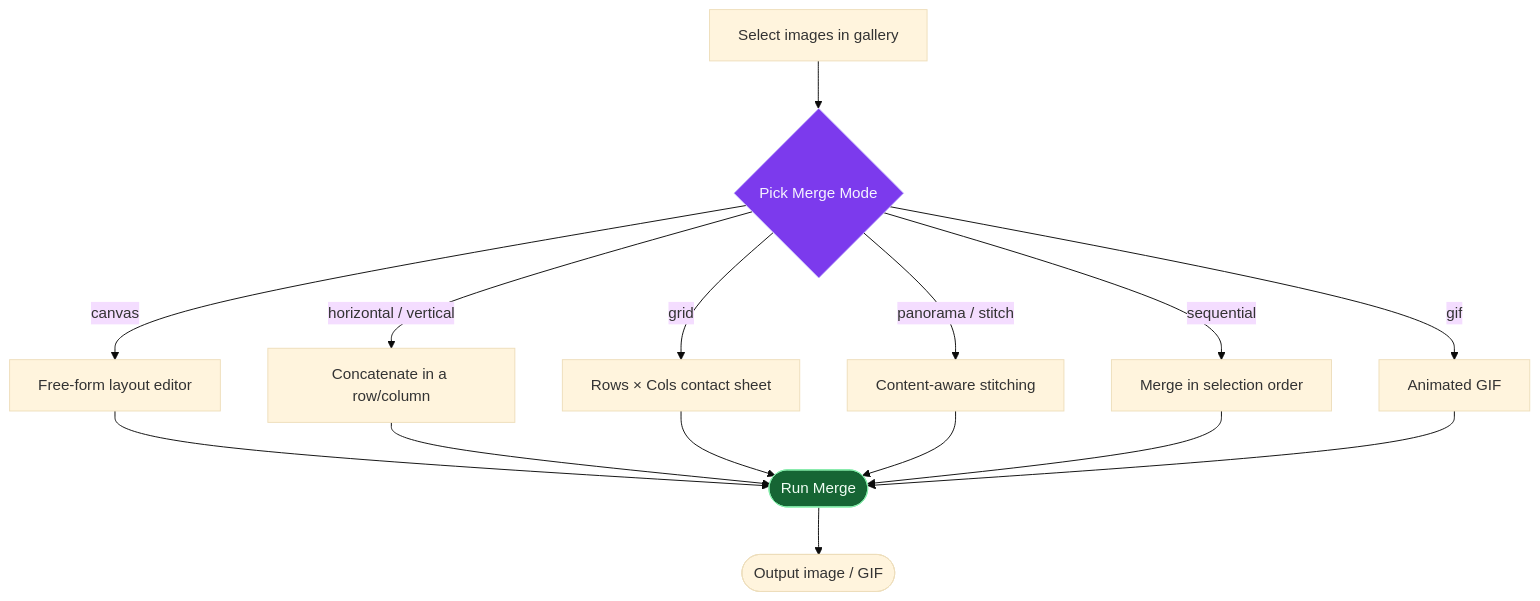
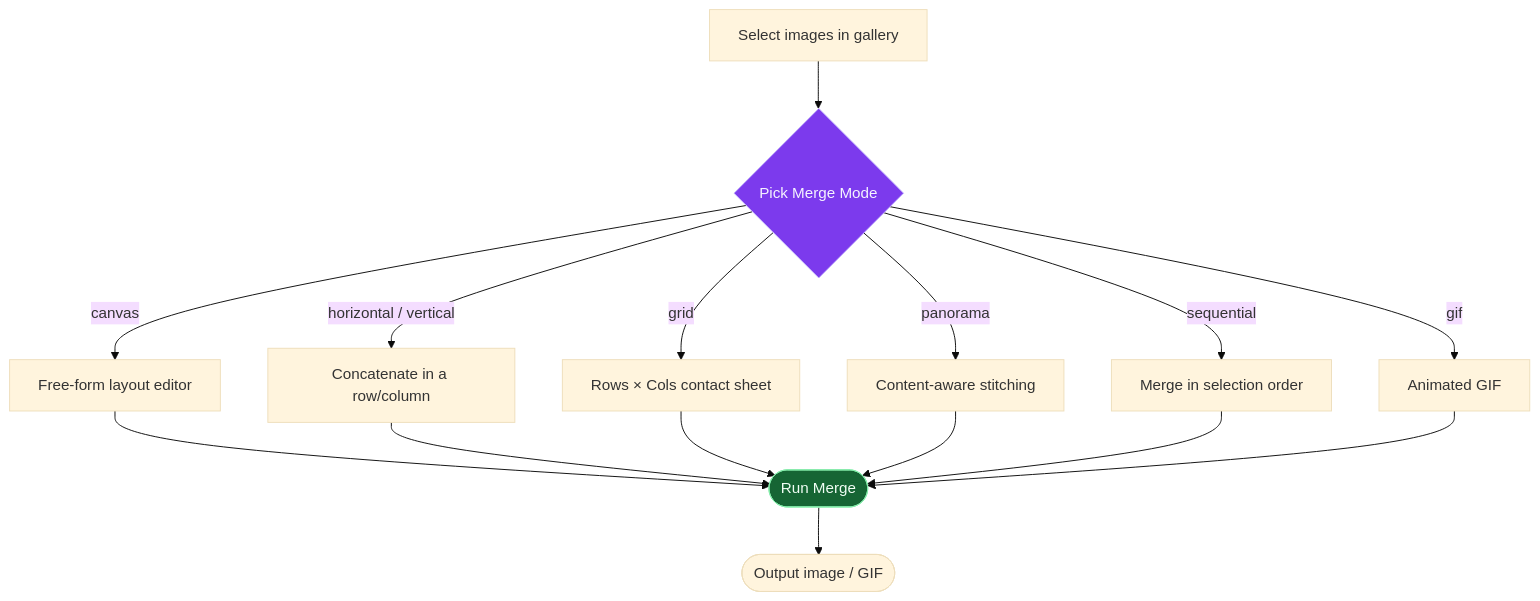
One commit to ACFHarbinger/Image-Toolkit changed the second of 3 diagrams in docs/tutorials/system_tools.md. Above: the diagram before and after it, drawn with Mermaid (base theme). The commit also changed other lines of this file and 16 other files, not shown here.

````diff
--- a/docs/tutorials/system_tools.md
+++ b/docs/tutorials/system_tools.md
@@ -115,14 +115,14 @@
 ```mermaid
 flowchart TD
     Sel[Select images in gallery] --> Mode{Pick Merge Mode}
     Mode -->|canvas| Canvas[Free-form layout editor]
     Mode -->|horizontal / vertical| Strip[Concatenate in a row/column]
     Mode -->|grid| Grid[Rows × Cols contact sheet]
-    Mode -->|panorama / stitch| Pano[Content-aware stitching]
+    Mode -->|panorama| Pano[Content-aware stitching]
     Mode -->|sequential| Seq[Merge in selection order]
     Mode -->|gif| Gif[Animated GIF]
     Canvas & Strip & Grid & Pano & Seq & Gif --> Run([Run Merge]) --> Out([Output image / GIF])
 
     style Mode fill:#7c3aed,stroke:#c4b5fd,color:#f5f3ff
     style Run fill:#166534,stroke:#86efac,color:#f0fdf4
 ```
````
